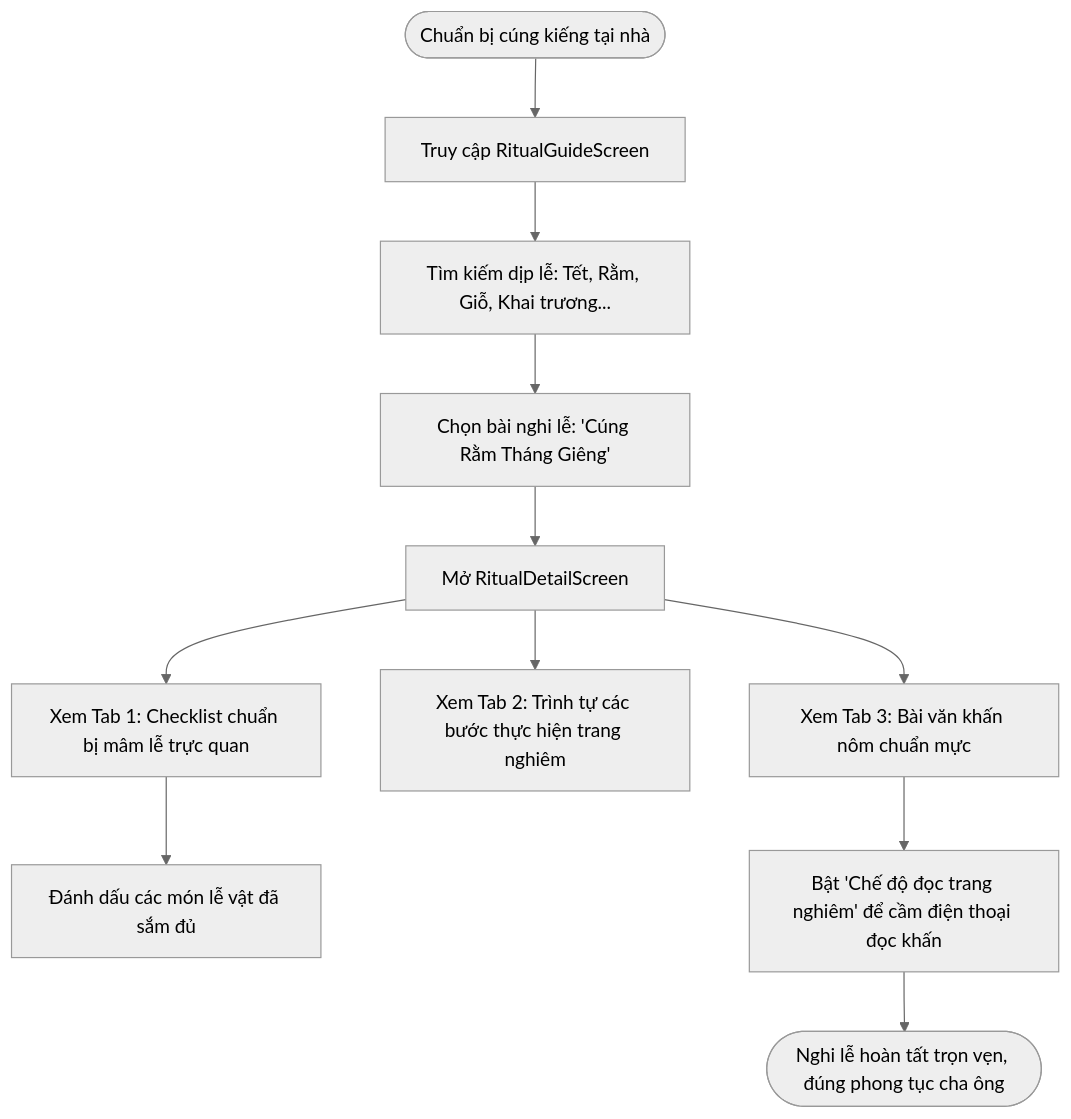
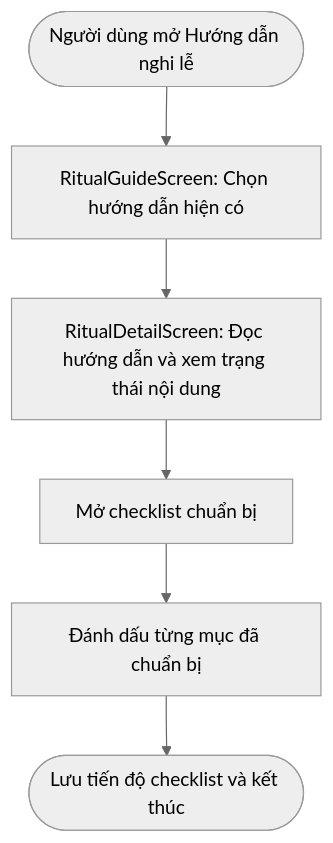
One commit to Truonghd2202/Cung_kieng_online changed the fifth of 6 diagrams in Tin-Lam-Tam-Linh-Requirements-Tong-Hop.md. Above: the diagram before and after it, drawn with Mermaid (neutral theme). The commit also changed other lines of this file and 182 other files, not shown here.

````diff
--- a/Tin-Lam-Tam-Linh-Requirements-Tong-Hop.md
+++ b/Tin-Lam-Tam-Linh-Requirements-Tong-Hop.md
@@ -586,15 +594,8 @@
 ```mermaid
 flowchart TD
-    A([Chuẩn bị cúng kiếng tại nhà]) --> B[Truy cập RitualGuideScreen]
-    B --> C[Tìm kiếm dịp lễ: Tết, Rằm, Giỗ, Khai trương...]
-    C --> D[Chọn bài nghi lễ: 'Cúng Rằm Tháng Giêng']
-    
-    D --> E[Mở RitualDetailScreen]
-    E --> F[Xem Tab 1: Checklist chuẩn bị mâm lễ trực quan]
-    E --> G[Xem Tab 2: Trình tự các bước thực hiện trang nghiêm]
-    E --> H[Xem Tab 3: Bài văn khấn nôm chuẩn mực]
-    
-    F --> I[Đánh dấu các món lễ vật đã sắm đủ]
-    H --> J[Bật 'Chế độ đọc trang nghiêm' để cầm điện thoại đọc khấn]
-    J --> K([Nghi lễ hoàn tất trọn vẹn, đúng phong tục cha ông])
+    A([Người dùng mở Hướng dẫn nghi lễ]) --> B[RitualGuideScreen: Chọn hướng dẫn hiện có]
+    B --> C[RitualDetailScreen: Đọc hướng dẫn và xem trạng thái nội dung]
+    C --> D[Mở checklist chuẩn bị]
+    D --> E[Đánh dấu từng mục đã chuẩn bị]
+    E --> F([Lưu tiến độ checklist và kết thúc])
 ```
````
